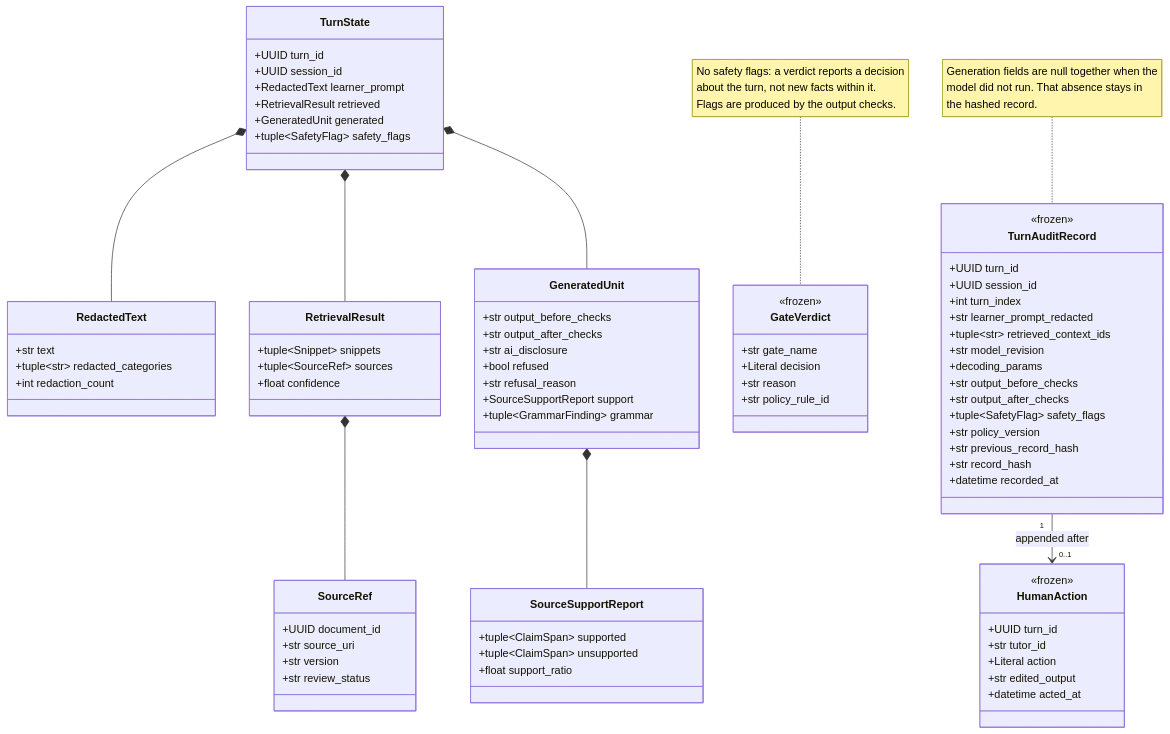
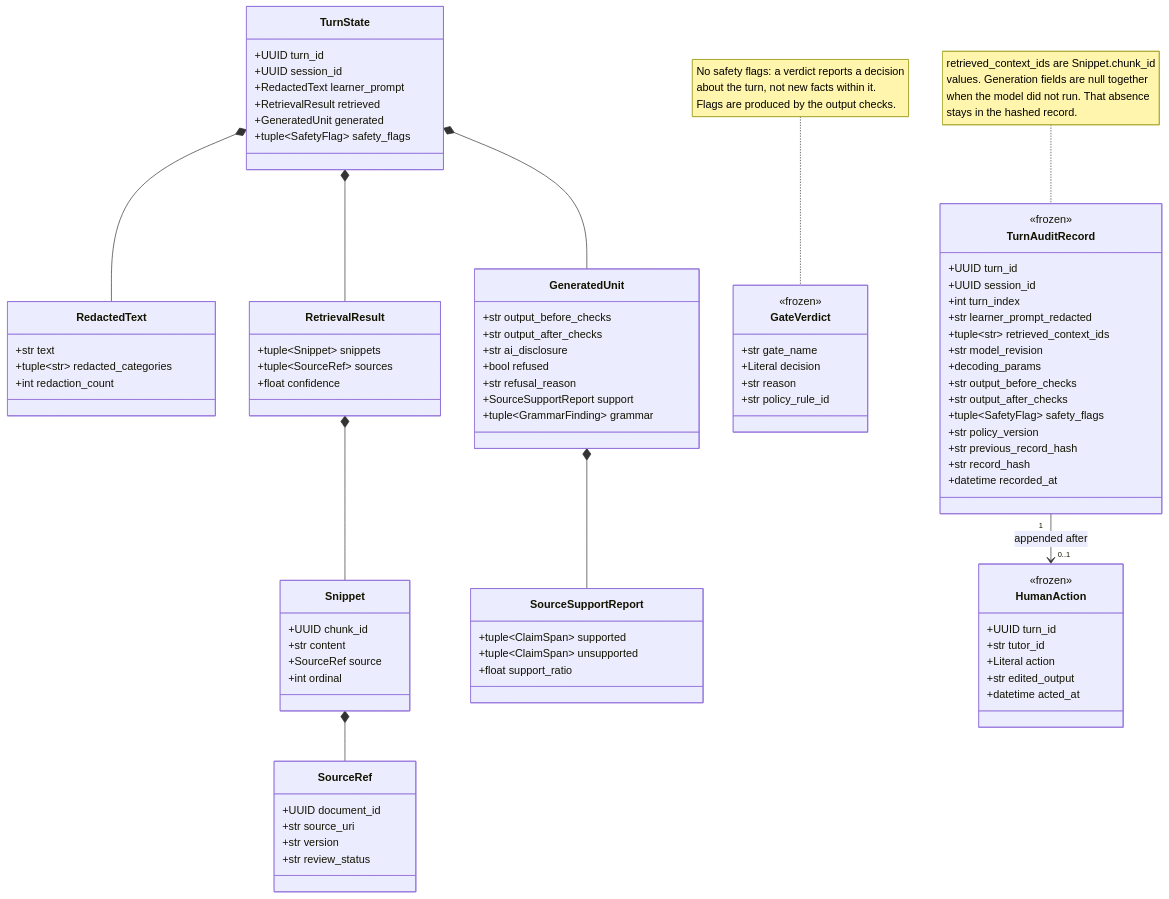
The sixth of 11 diagrams in docs/architecture/ARCHITECTURE.md (basiliofarach/two-agent-orchestration-language-learning), drawn with Mermaid before and after one commit. The commit also changed 6 other files, not shown here.

Commit message:
chore: enhance audit schema by introducing snippets

````diff
--- a/docs/architecture/ARCHITECTURE.md
+++ b/docs/architecture/ARCHITECTURE.md
@@ -401,6 +401,13 @@
         +tuple~Snippet~ snippets
         +tuple~SourceRef~ sources
         +float confidence
+    }
+
+    class Snippet {
+        +UUID chunk_id
+        +str content
+        +SourceRef source
+        +int ordinal
     }
 
     class SourceRef {
@@ -452,7 +459,7 @@
         +str record_hash
         +datetime recorded_at
     }
-    note for TurnAuditRecord "Generation fields are null together when the<br/>model did not run. That absence stays in<br/>the hashed record."
+    note for TurnAuditRecord "retrieved_context_ids are Snippet.chunk_id<br/>values. Generation fields are null together<br/>when the model did not run. That absence<br/>stays in the hashed record."
 
     class HumanAction {
         <<frozen>>
@@ -466,7 +473,8 @@
     TurnState *-- RedactedText
     TurnState *-- RetrievalResult
     TurnState *-- GeneratedUnit
-    RetrievalResult *-- SourceRef
+    RetrievalResult *-- Snippet
+    Snippet *-- SourceRef
     GeneratedUnit *-- SourceSupportReport
     TurnAuditRecord "1" --> "0..1" HumanAction : appended after
 ```
````
